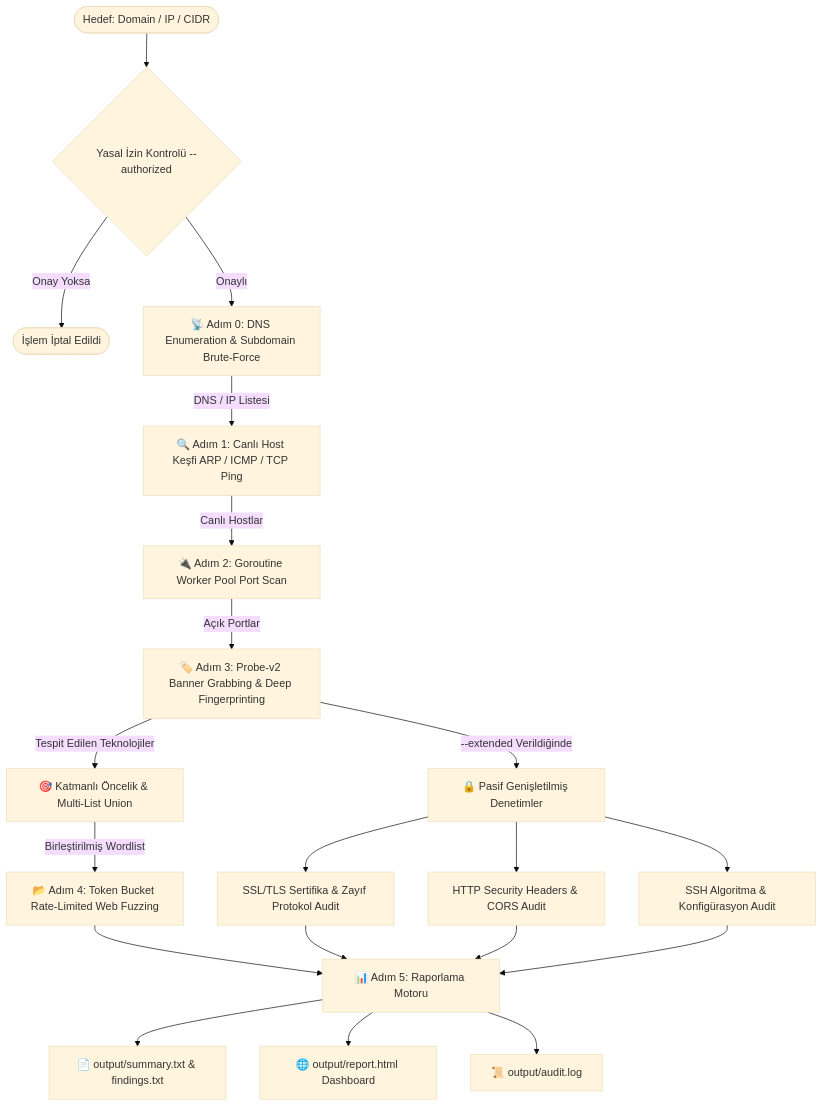
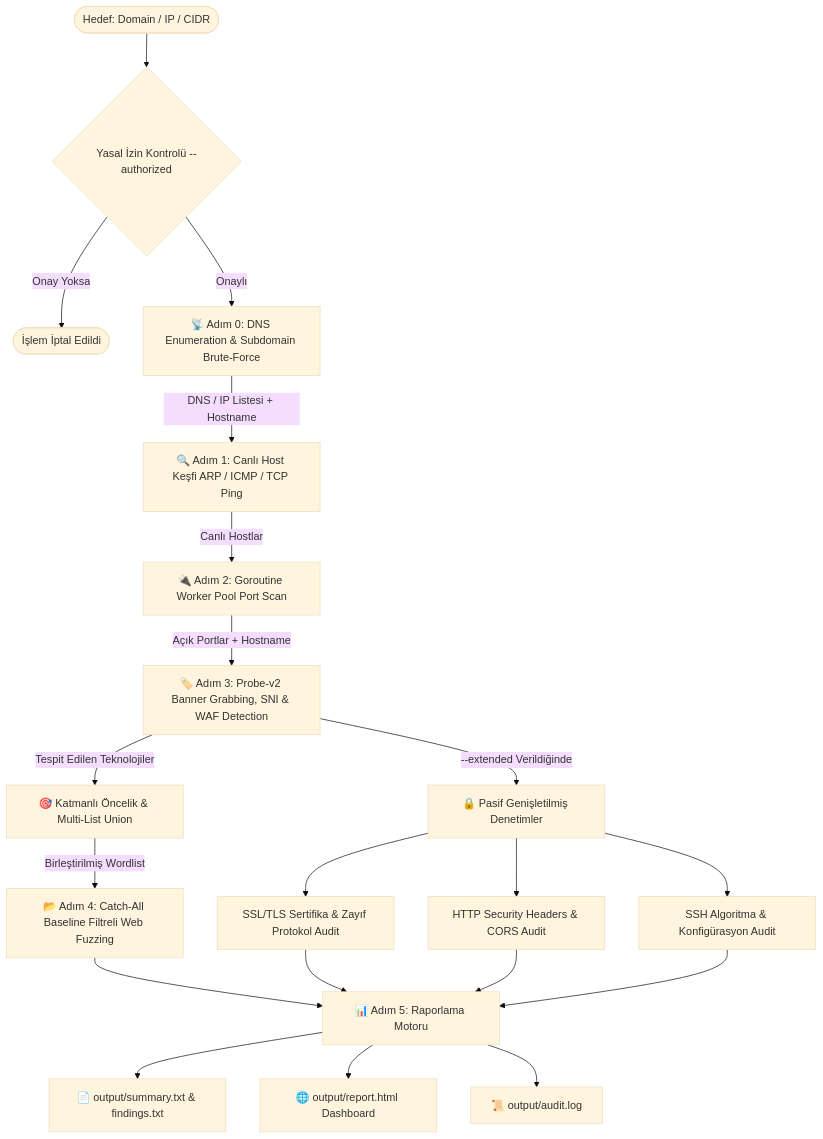
Before and after one commit to 1Ssalih/SpecterRecon: the third of 3 diagrams in README.md, drawn with Mermaid (base theme). The commit also changed other lines of this file and 11 other files, not shown here.

Commit message:
feat(fuzzing & banner): implement Catch-All baseline filter, WAF/CDN detection, and Host/SNI enforcement

````diff
--- a/README.md
+++ b/README.md
@@ -162,27 +171,27 @@
 ```mermaid
 flowchart TD
     START([Hedef: Domain / IP / CIDR]) --> SCOPE{Yasal İzin Kontrolü --authorized}
     SCOPE -- Onay Yoksa --> STOP([İşlem İptal Edildi])
     SCOPE -- Onaylı --> STEP0[📡 Adım 0: DNS Enumeration & Subdomain Brute-Force]
     
-    STEP0 -->|DNS / IP Listesi| STEP1[🔍 Adım 1: Canlı Host Keşfi ARP / ICMP / TCP Ping]
+    STEP0 -->|DNS / IP Listesi + Hostname| STEP1[🔍 Adım 1: Canlı Host Keşfi ARP / ICMP / TCP Ping]
     STEP1 -->|Canlı Hostlar| STEP2[🔌 Adım 2: Goroutine Worker Pool Port Scan]
-    STEP2 -->|Açık Portlar| STEP3[🏷️ Adım 3: Probe-v2 Banner Grabbing & Deep Fingerprinting]
+    STEP2 -->|Açık Portlar + Hostname| STEP3[🏷️ Adım 3: Probe-v2 Banner Grabbing, SNI & WAF Detection]
     
     STEP3 -->|Tespit Edilen Teknolojiler| TIER[🎯 Katmanlı Öncelik & Multi-List Union]
-    TIER -->|Birleştirilmiş Wordlist| STEP4[📂 Adım 4: Token Bucket Rate-Limited Web Fuzzing]
+    TIER -->|Birleştirilmiş Wordlist| STEP4[📂 Adım 4: Catch-All Baseline Filtreli Web Fuzzing]
     
     STEP3 -->|--extended Verildiğinde| EXT[🔒 Pasif Genişletilmiş Denetimler]
     EXT --> EXT1[SSL/TLS Sertifika & Zayıf Protokol Audit]
     EXT --> EXT2[HTTP Security Headers & CORS Audit]
     EXT --> EXT3[SSH Algoritma & Konfigürasyon Audit]
     
     STEP4 --> REPORT[📊 Adım 5: Raporlama Motoru]
     EXT1 --> REPORT
     EXT2 --> REPORT
     EXT3 --> REPORT
     
     REPORT --> OUT_TXT[📄 output/summary.txt & findings.txt]
     REPORT --> OUT_HTML[🌐 output/report.html Dashboard]
     REPORT --> OUT_LOG[📜 output/audit.log]
 ```
````
